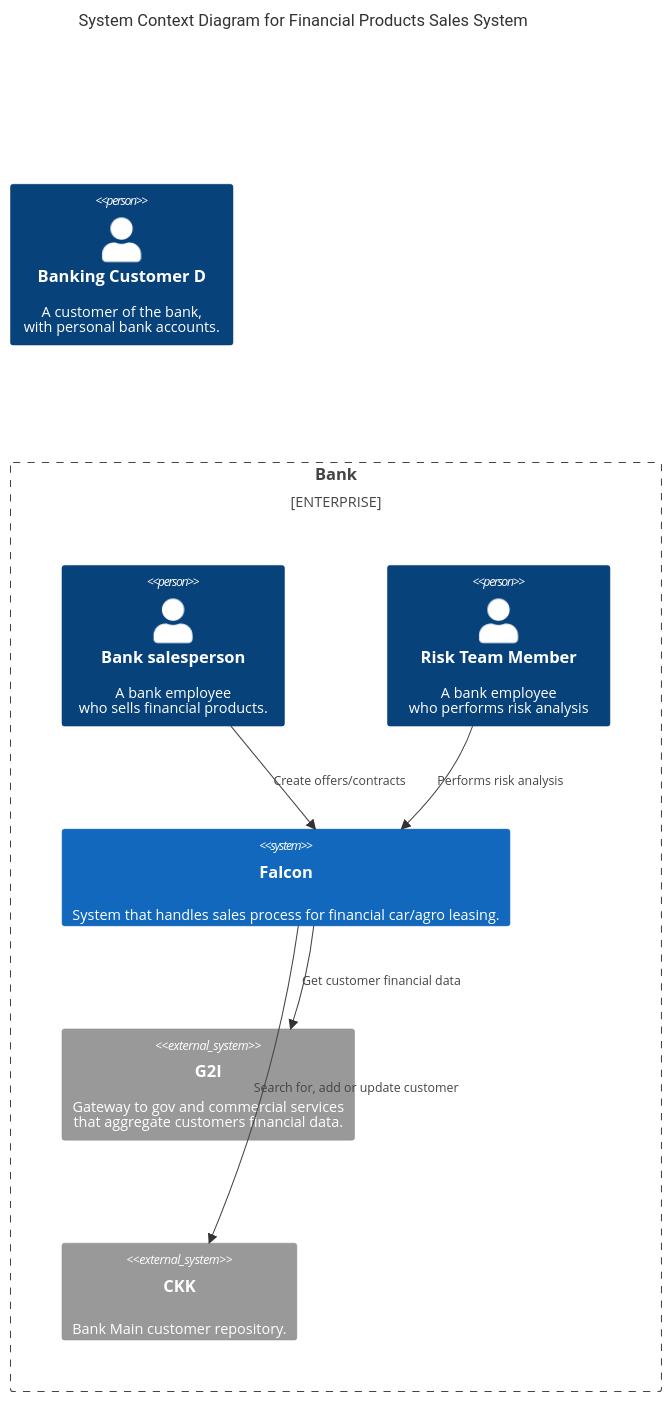
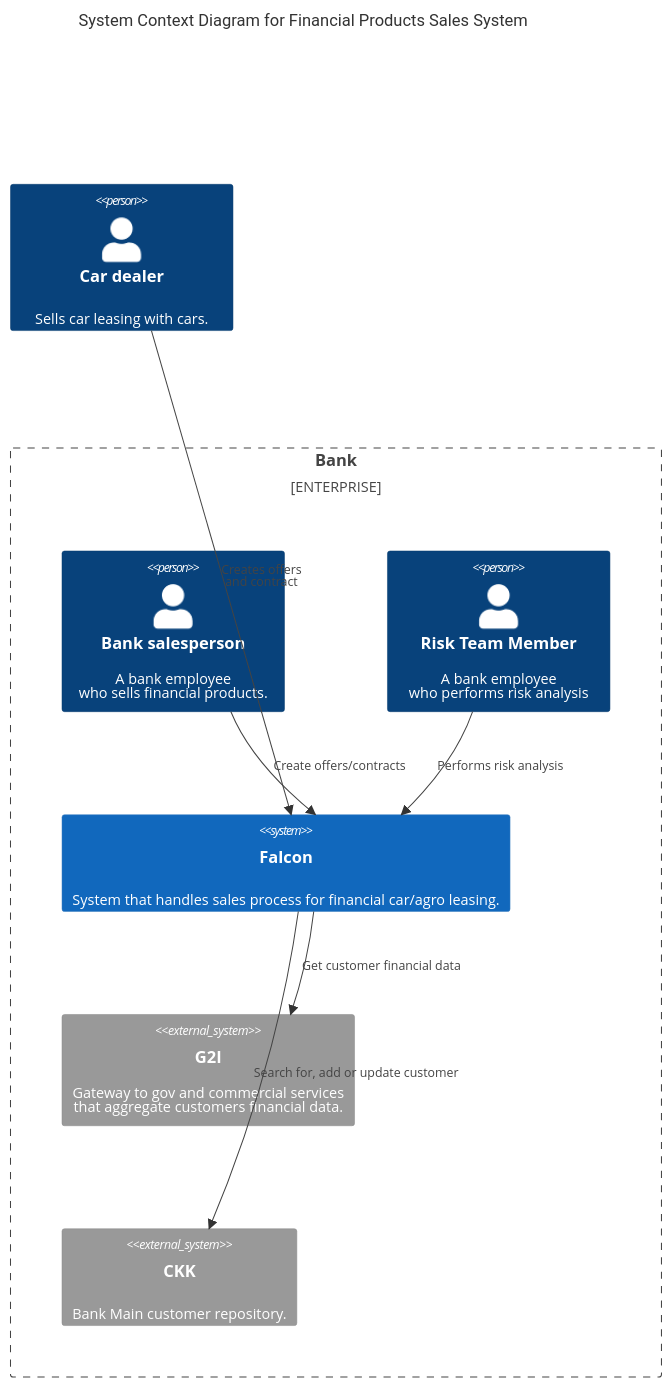
The first of 2 diagrams in README.md (wojteksuwala/arch-docs-demo), drawn with Mermaid before and after one commit.

````diff
--- a/README.md
+++ b/README.md
@@ -6,24 +6,25 @@
 ```mermaid
     C4Context
         title System Context Diagram for Financial Products Sales System
 
-        Person(customerD, "Banking Customer D", "A customer of the bank, <br/> with personal bank accounts.")
+        Person(carDealer, "Car dealer", "Sells car leasing with cars.")
 
         Enterprise_Boundary(b0, "Bank") {
             Person(bankSalesPerson, "Bank salesperson", "A bank employee <br/>who sells financial products.")
             Person(riskTeamPerson, "Risk Team Member", "A bank employee <br/>who performs risk analysis")
 
             System(falconSystem, "Falcon", "System that handles sales process for financial car/agro leasing.")
 
             System_Ext(g2iSystem, "G2I", "Gateway to gov and commercial services <br/>that aggregate customers financial data.")
             System_Ext(ckkSystem, "CKK", "Bank Main customer repository.")
 
+            Rel(carDealer, falconSystem, "Creates offers<br/> and contract")
             Rel(bankSalesPerson, falconSystem, "Create offers/contracts")
             Rel(riskTeamPerson, falconSystem, "Performs risk analysis")
 
             Rel(falconSystem, g2iSystem, "Get customer financial data")
             Rel(falconSystem, ckkSystem, "Search for, add or update customer")
         }
 
         UpdateLayoutConfig($c4ShapeInRow="2", $c4BoundaryInRow="1")
 ```
````
